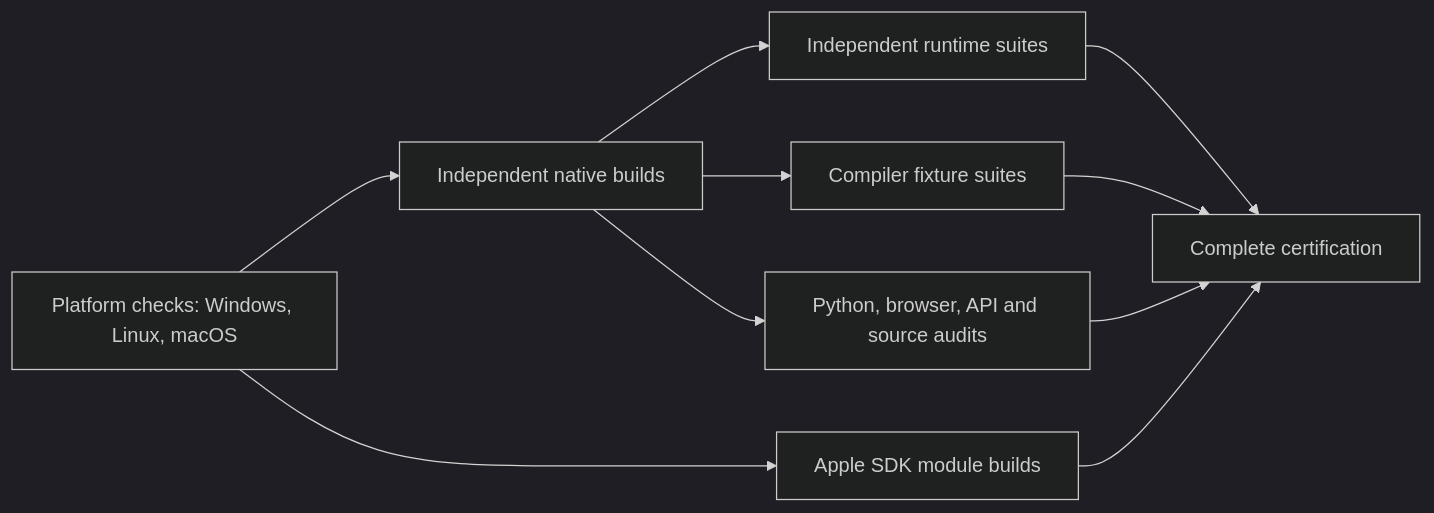
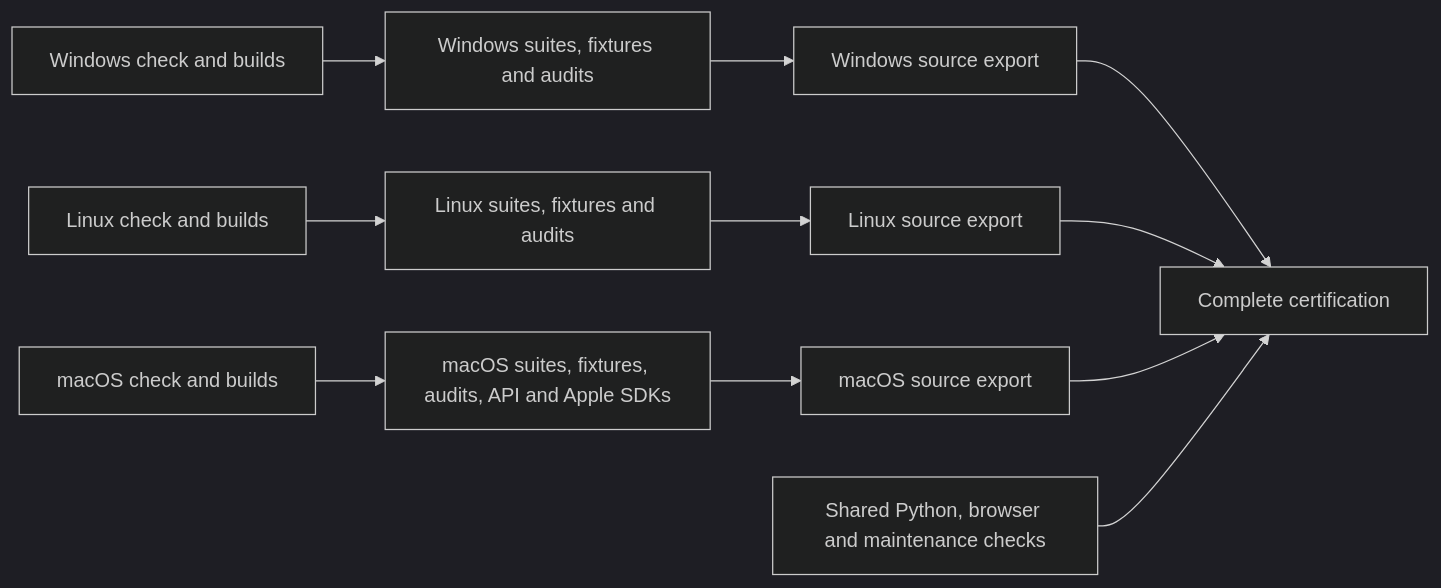
The diagram in Docs/CI.md (Aurum-Studios/DiscordKit), drawn with Mermaid (dark theme) before and after one commit. The commit also changed other lines of this file and 8 other files, not shown here.

````diff
--- a/Docs/CI.md
+++ b/Docs/CI.md
@@ -22,12 +26,13 @@
 ```mermaid
 flowchart LR
-    P[Platform checks: Windows, Linux, macOS] --> B[Independent native builds]
-    P --> A[Apple SDK module builds]
-    B --> T[Independent runtime suites]
-    B --> F[Compiler fixture suites]
-    B --> H[Python, browser, API and source audits]
-    T --> C[Complete certification]
-    F --> C
-    H --> C
-    A --> C
+    W[Windows check and builds] --> WT[Windows suites, fixtures and audits]
+    WT --> WP[Windows source export]
+    L[Linux check and builds] --> LT[Linux suites, fixtures and audits]
+    LT --> LP[Linux source export]
+    M[macOS check and builds] --> MT[macOS suites, fixtures, audits, API and Apple SDKs]
+    MT --> MP[macOS source export]
+    WP --> C[Complete certification]
+    LP --> C
+    MP --> C
+    H[Shared Python, browser and maintenance checks] --> C
 ```
````
